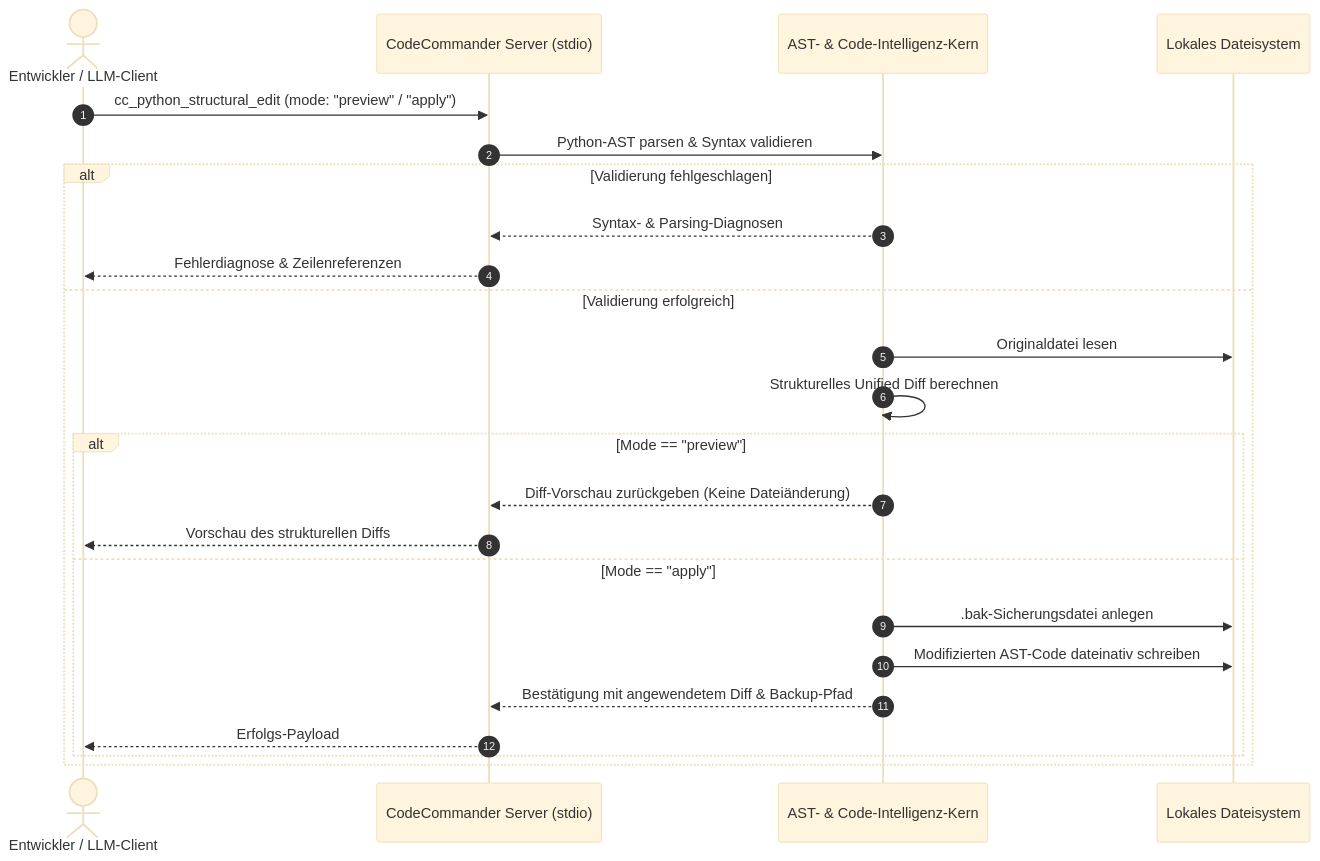
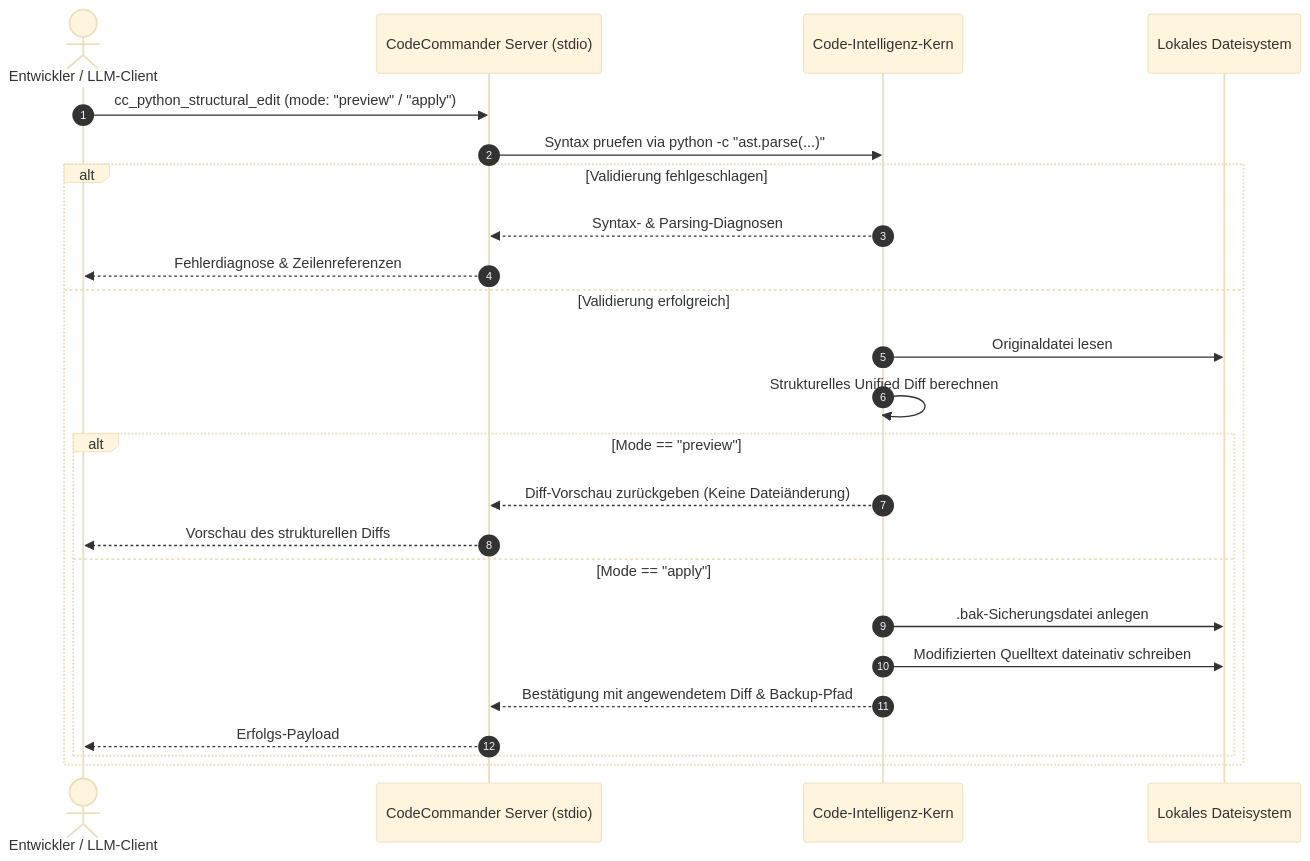
One commit to ellmos-ai/ellmos-codecommander-mcp changed the second of 2 diagrams in README_de.md. Above: the diagram before and after it, drawn with Mermaid (base theme). The commit also changed other lines of this file and 2 other files, not shown here.

````diff
--- a/README_de.md
+++ b/README_de.md
@@ -91,27 +91,27 @@
 ```mermaid
 sequenceDiagram
     autonumber
     actor Developer as Entwickler / LLM-Client
     participant Stdio as CodeCommander Server (stdio)
-    participant Core as AST- & Code-Intelligenz-Kern
+    participant Core as Code-Intelligenz-Kern
     participant Disk as Lokales Dateisystem
 
     Developer->>Stdio: cc_python_structural_edit (mode: "preview" / "apply")
-    Stdio->>Core: Python-AST parsen & Syntax validieren
+    Stdio->>Core: Syntax pruefen via python -c "ast.parse(...)"
     alt Validierung fehlgeschlagen
         Core-->>Stdio: Syntax- & Parsing-Diagnosen
         Stdio-->>Developer: Fehlerdiagnose & Zeilenreferenzen
     else Validierung erfolgreich
         Core->>Disk: Originaldatei lesen
         Core->>Core: Strukturelles Unified Diff berechnen
         alt Mode == "preview"
             Core-->>Stdio: Diff-Vorschau zurückgeben (Keine Dateiänderung)
             Stdio-->>Developer: Vorschau des strukturellen Diffs
         else Mode == "apply"
             Core->>Disk: .bak-Sicherungsdatei anlegen
-            Core->>Disk: Modifizierten AST-Code dateinativ schreiben
+            Core->>Disk: Modifizierten Quelltext dateinativ schreiben
             Core-->>Stdio: Bestätigung mit angewendetem Diff & Backup-Pfad
             Stdio-->>Developer: Erfolgs-Payload
         end
     end
 ```
````
